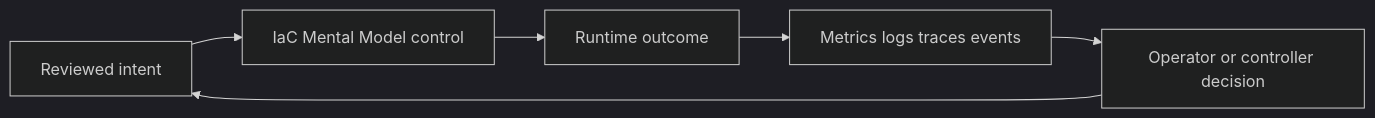
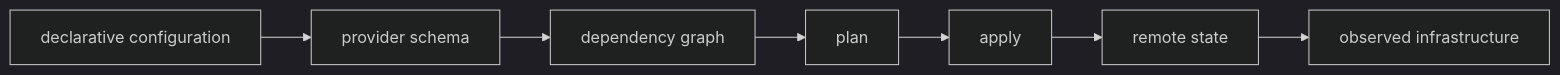
Before and after one commit to m1mohamad/devops-sre-prep: the diagram in docs/study/iac/01-iac-mental-model.md, drawn with Mermaid (dark theme). The commit also changed other lines of this file and 61 other files, not shown here.

Commit message:
Replace generic architecture and study templates

````diff
--- a/docs/study/iac/01-iac-mental-model.md
+++ b/docs/study/iac/01-iac-mental-model.md
@@ -20,8 +15,4 @@
 ```mermaid
 flowchart LR
-  Intent[Reviewed intent] --> Control[IaC Mental Model control]
-  Control --> Runtime[Runtime outcome]
-  Runtime --> Signals[Metrics logs traces events]
-  Signals --> Decision[Operator or controller decision]
-  Decision --> Intent
+  N0[declarative configuration] --> N1[provider schema] --> N2[dependency graph] --> N3[plan] --> N4[apply] --> N5[remote state] --> N6[observed infrastructure]
 ```
````
